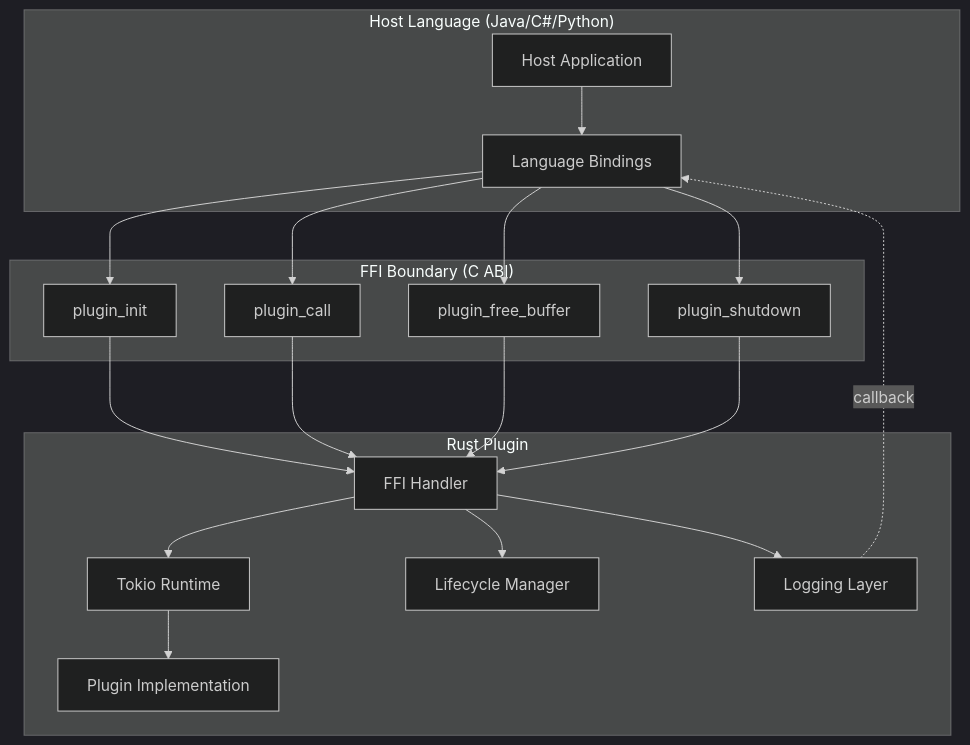
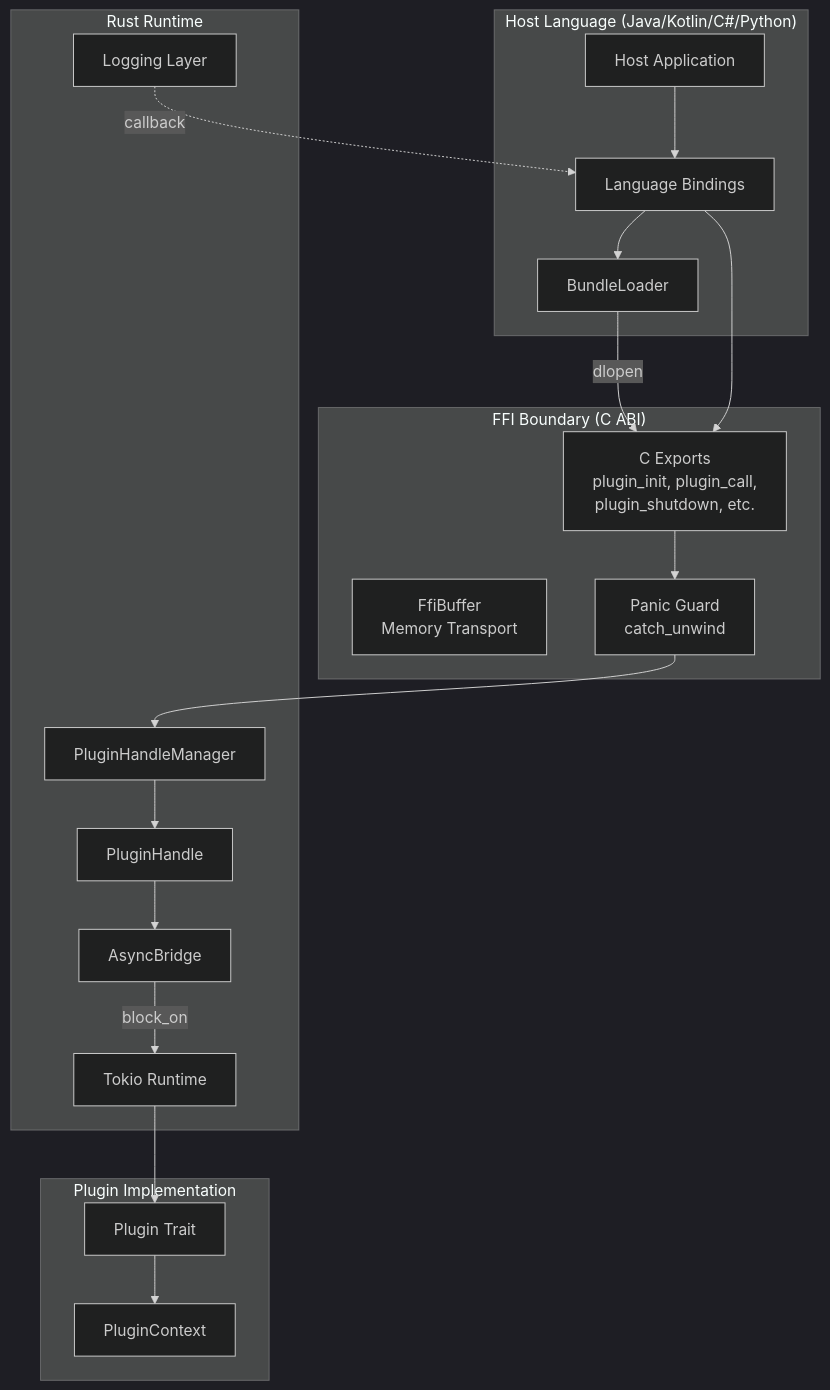
Before and after one commit to jrobhoward/rustbridge: the first of 8 diagrams in docs/ARCHITECTURE.md, drawn with Mermaid (dark theme). The commit also changed other lines of this file, not shown here.

````diff
--- a/docs/ARCHITECTURE.md
+++ b/docs/ARCHITECTURE.md
@@ -9,31 +15,40 @@
 ```mermaid
 flowchart TB
-    subgraph Host["Host Language (Java/C#/Python)"]
+    subgraph Host["Host Language (Java/Kotlin/C#/Python)"]
         HL[Host Application]
-        HB[Language Bindings]
+        LB[Language Bindings]
+        BL[BundleLoader]
     end
 
     subgraph FFI["FFI Boundary (C ABI)"]
-        PI[plugin_init]
-        PC[plugin_call]
-        PF[plugin_free_buffer]
-        PS[plugin_shutdown]
+        EXP[C Exports<br/>plugin_init, plugin_call,<br/>plugin_shutdown, etc.]
+        BUF[FfiBuffer<br/>Memory Transport]
+        PG[Panic Guard<br/>catch_unwind]
     end
 
-    subgraph Rust["Rust Plugin"]
-        FH[FFI Handler]
+    subgraph Rust["Rust Runtime"]
+        HM[PluginHandleManager]
+        PH[PluginHandle]
+        AB[AsyncBridge]
         RT[Tokio Runtime]
-        PL[Plugin Implementation]
-        LC[Lifecycle Manager]
         LG[Logging Layer]
     end
 
-    HL --> HB
-    HB --> PI & PC & PF & PS
-    PI & PC & PF & PS --> FH
-    FH --> RT
+    subgraph Plugin["Plugin Implementation"]
+        PL[Plugin Trait]
+        LC[PluginContext]
+    end
+
+    HL --> LB
+    LB --> BL
+    BL -->|dlopen| EXP
+    LB --> EXP
+    EXP --> PG
+    PG --> HM
+    HM --> PH
+    PH --> AB
+    AB -->|block_on| RT
     RT --> PL
-    FH --> LC
-    FH --> LG
-    LG -.->|callback| HB
+    PL --> LC
+    LG -.->|callback| LB
 ```
````
